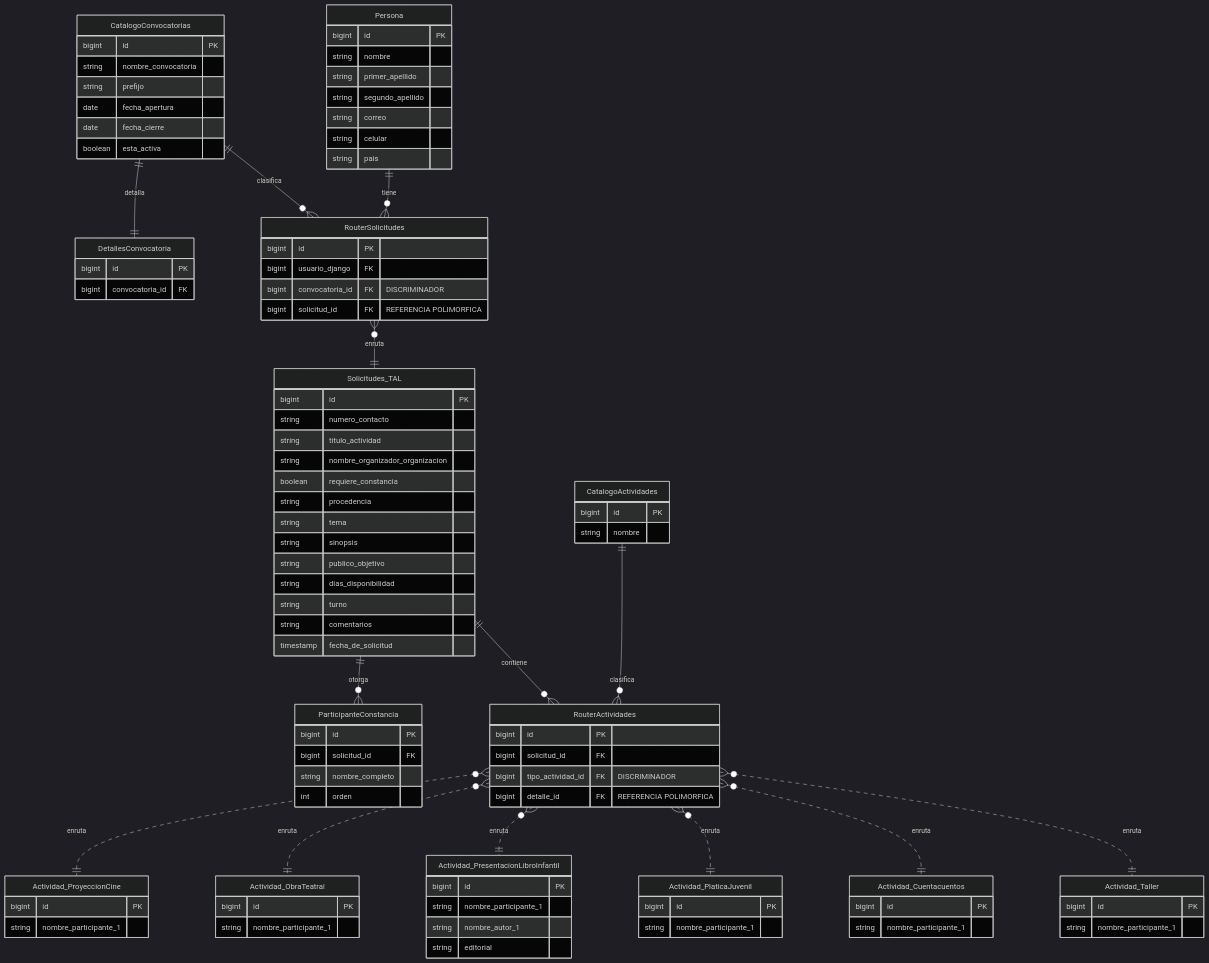
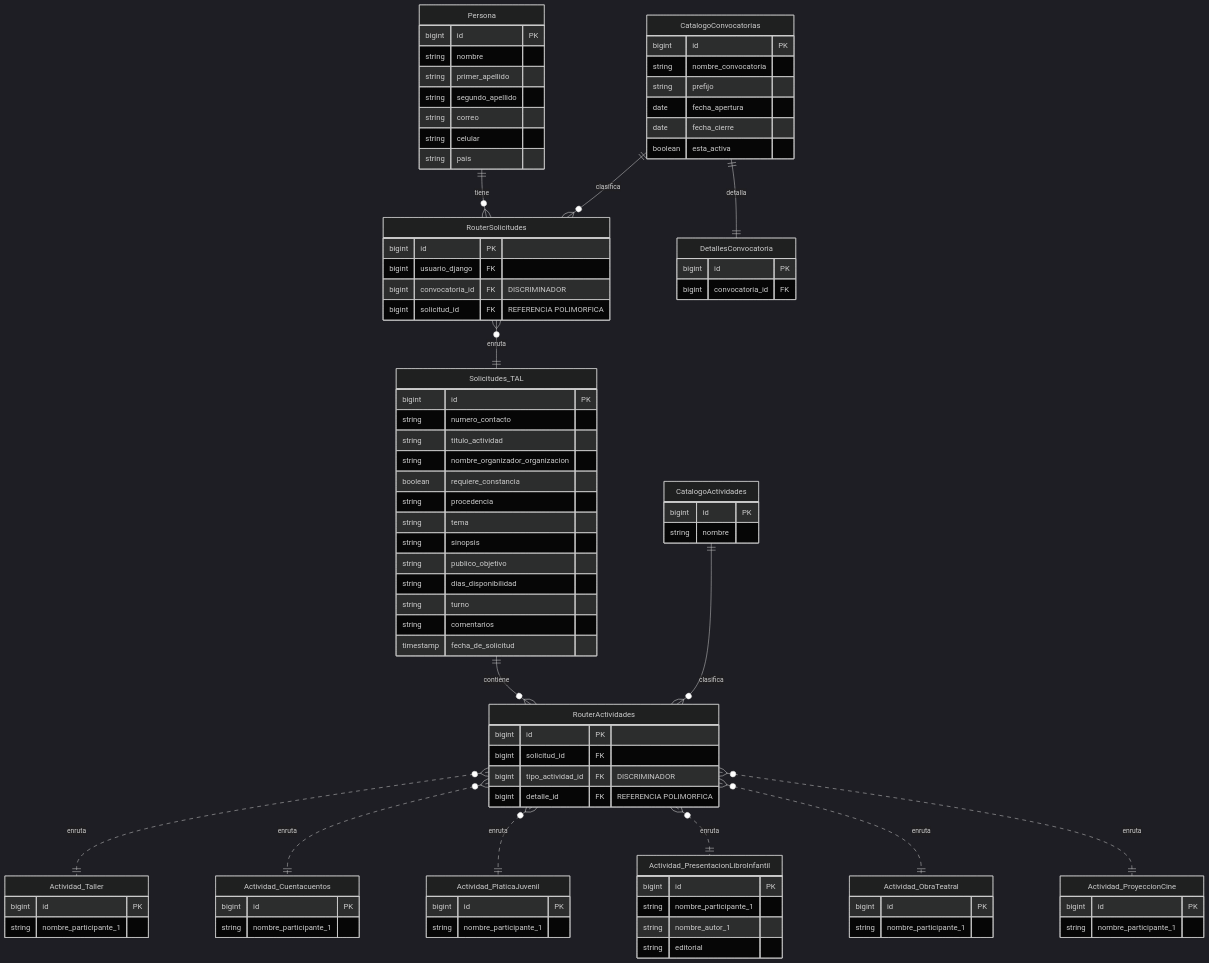
Before and after one commit to Proyectos-Vinculacion-FMAT/FILEYapp26: the diagram in docs/requisitos/TAL/erDiagram - Captura de propuestas.mmd, drawn with Mermaid (dark theme). The commit also changed 1 other file, not shown here.

Commit message:
docs(TAL): quita ParticipanteConstancia, corrige que procedencia no determina modalidad
Dos correcciones de Isaac:

1. ParticipanteConstancia no hace falta: las constancias no se
   capturan como una lista aparte, se generan consultando -por el id
   de la solicitud, via RouterActividades- los nombres ya registrados
   en la tabla Actividad_* correspondiente (nombre_participante_1, y
   nombre_autor_1 en presentacion_libro_infantil), una por cada uno,
   automatico. Se documenta como derivacion (mismo patron que el
   conteo de cupos en EVT SS3.6, no una columna nueva), no como tabla.
   La regla de "mas de seis cae a nombre_organizador_organizacion" se
   conserva como logica de generacion. SS2.6 se elimina, SS2.7/SS2.8 se
   renumeran.

2. procedencia no determina modalidad de forma limpia: alguien de
   fuera de Merida PUEDE ser presencial o virtual, no esta obligado a
   virtual. Solo descarta la opcion virtual para locales. La nota
   anterior sobreclaimaba una derivacion 1 a 1 que no existe -se
   corrige, y se agrega a temas abiertos que la modalidad real de una
   propuesta no local no queda capturada en ningun dato del modelo.

Sin push a peticion explicita de Isaac.

```diff
--- a/docs/requisitos/TAL/erDiagram - Captura de propuestas.mmd
+++ b/docs/requisitos/TAL/erDiagram - Captura de propuestas.mmd
@@ -1,117 +1,109 @@
 erDiagram
     Persona {
         bigint id PK
         string nombre
         string primer_apellido
         string segundo_apellido
         string correo
         string celular
         string pais
     }
 
     CatalogoConvocatorias {
         bigint id PK
         string nombre_convocatoria
         string prefijo
         date fecha_apertura
         date fecha_cierre
         boolean esta_activa
     }
 
     DetallesConvocatoria {
         bigint id PK
         bigint convocatoria_id FK
     }
 
     RouterSolicitudes {
         bigint id PK
         bigint usuario_django FK
         bigint convocatoria_id FK "DISCRIMINADOR"
         bigint solicitud_id FK "REFERENCIA POLIMORFICA"
     }
 
     Solicitudes_TAL {
         bigint id PK
         string numero_contacto
         string titulo_actividad
         string nombre_organizador_organizacion
         boolean requiere_constancia
         string procedencia
         string tema
         string sinopsis
         string publico_objetivo
         string dias_disponibilidad
         string turno
         string comentarios
         timestamp fecha_de_solicitud
-    }
-
-    ParticipanteConstancia {
-        bigint id PK
-        bigint solicitud_id FK
-        string nombre_completo
-        int orden
     }
 
     CatalogoActividades {
         bigint id PK
         string nombre
     }
 
     RouterActividades {
         bigint id PK
         bigint solicitud_id FK
         bigint tipo_actividad_id FK "DISCRIMINADOR"
         bigint detalle_id FK "REFERENCIA POLIMORFICA"
     }
 
     Actividad_Taller {
         bigint id PK
         string nombre_participante_1
     }
 
     Actividad_Cuentacuentos {
         bigint id PK
         string nombre_participante_1
     }
 
     Actividad_PlaticaJuvenil {
         bigint id PK
         string nombre_participante_1
     }
 
     Actividad_PresentacionLibroInfantil {
         bigint id PK
         string nombre_participante_1
         string nombre_autor_1
         string editorial
     }
 
     Actividad_ObraTeatral {
         bigint id PK
         string nombre_participante_1
     }
 
     Actividad_ProyeccionCine {
         bigint id PK
         string nombre_participante_1
     }
 
 
     Persona ||--o{ RouterSolicitudes : "tiene"
     CatalogoConvocatorias ||--o{ RouterSolicitudes : "clasifica"
     CatalogoConvocatorias ||--|| DetallesConvocatoria : "detalla"
 
     RouterSolicitudes }o--|| Solicitudes_TAL : "enruta"
 
     Solicitudes_TAL ||--o{ RouterActividades : "contiene"
-    Solicitudes_TAL ||--o{ ParticipanteConstancia : "otorga"
 
     CatalogoActividades ||--o{ RouterActividades : "clasifica"
 
     RouterActividades }o..|| Actividad_Taller : "enruta"
     RouterActividades }o..|| Actividad_Cuentacuentos : "enruta"
     RouterActividades }o..|| Actividad_PlaticaJuvenil : "enruta"
     RouterActividades }o..|| Actividad_PresentacionLibroInfantil : "enruta"
     RouterActividades }o..|| Actividad_ObraTeatral : "enruta"
     RouterActividades }o..|| Actividad_ProyeccionCine : "enruta"
```
